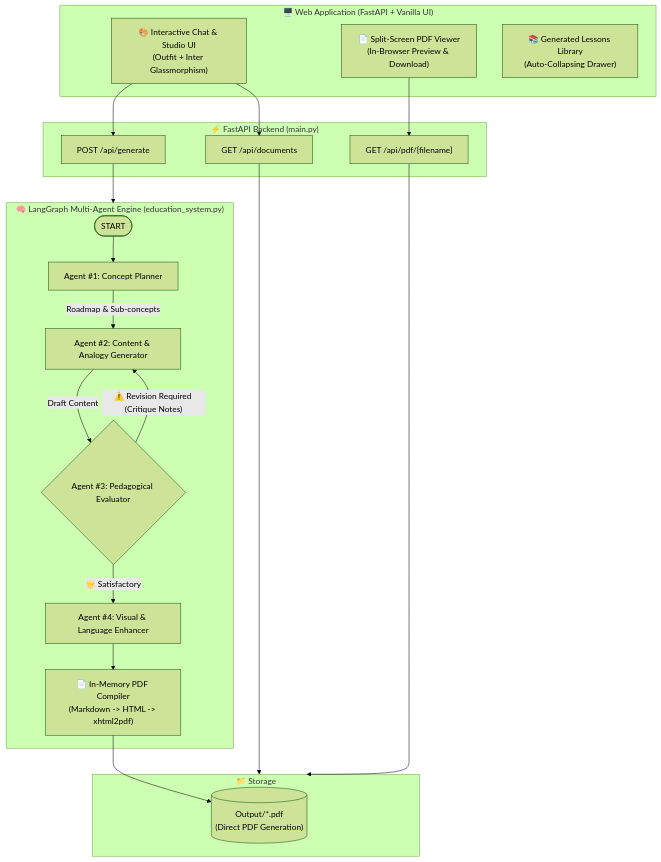
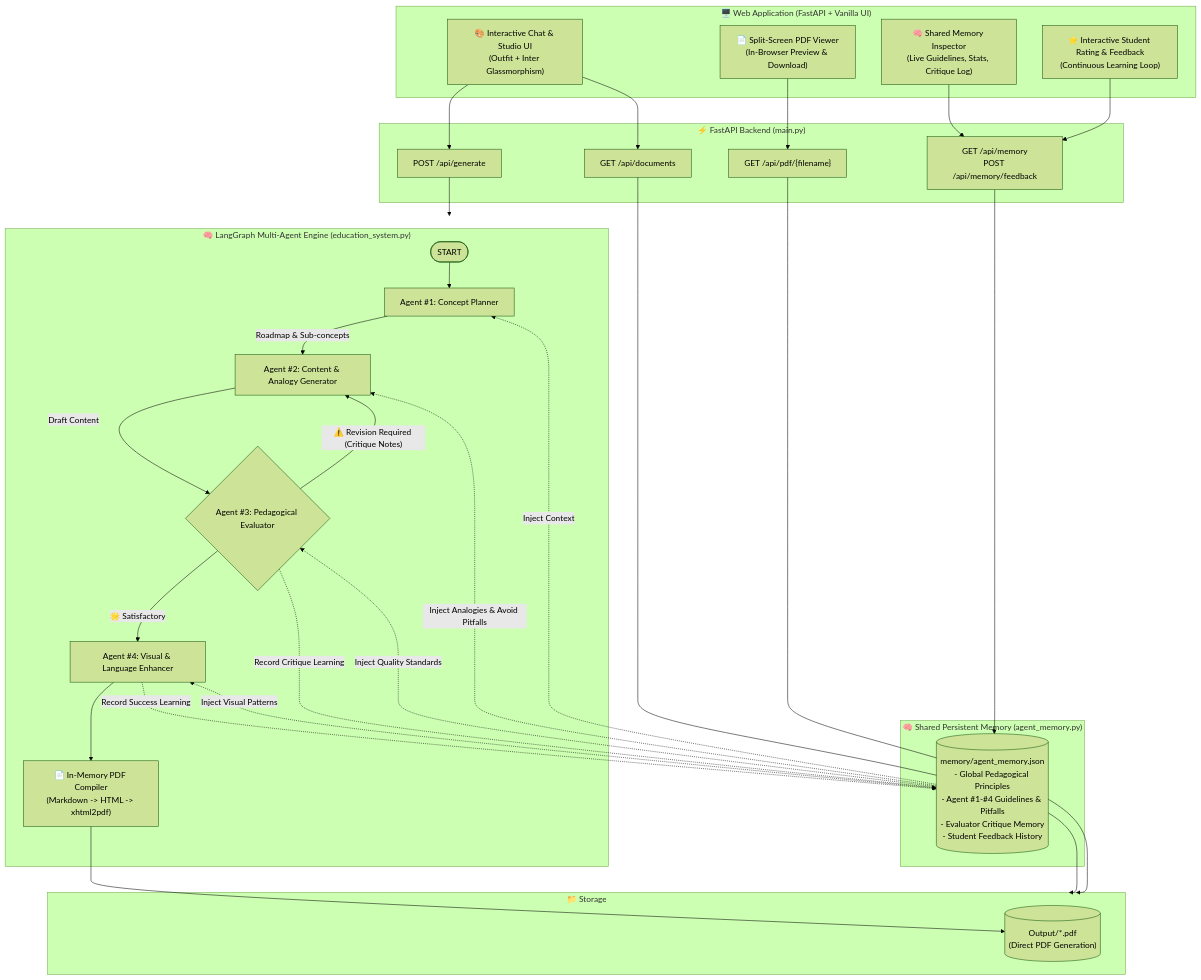
The diagram in README.md (aakashlokhande99/EduGraph-AI), drawn with Mermaid (forest theme) before and after one commit. The commit also changed other lines of this file and 7 other files, not shown here.

Commit message:
Added shared memory feature

````diff
--- a/README.md
+++ b/README.md
@@ -9,37 +9,53 @@
 ```mermaid
 flowchart TD
     subgraph Frontend["🖥️ Web Application (FastAPI + Vanilla UI)"]
         UI["🎨 Interactive Chat & Studio UI\n(Outfit + Inter Glassmorphism)"]
         PDFViewer["📄 Split-Screen PDF Viewer\n(In-Browser Preview & Download)"]
-        Library["📚 Generated Lessons Library\n(Auto-Collapsing Drawer)"]
+        MemoryModal["🧠 Shared Memory Inspector\n(Live Guidelines, Stats, Critique Log)"]
+        FeedbackWidget["⭐ Interactive Student Rating & Feedback\n(Continuous Learning Loop)"]
+    end
+
+    subgraph MemoryLayer["🧠 Shared Persistent Memory (agent_memory.py)"]
+        Store[("memory/agent_memory.json\n- Global Pedagogical Principles\n- Agent #1-#4 Guidelines & Pitfalls\n- Evaluator Critique Memory\n- Student Feedback History")]
     end
 
     subgraph Backend["⚡ FastAPI Backend (main.py)"]
         API_Gen["POST /api/generate"]
         API_Docs["GET /api/documents"]
         API_PDF["GET /api/pdf/{filename}"]
+        API_Mem["GET /api/memory\nPOST /api/memory/feedback"]
     end
 
     subgraph LangGraphCore["🧠 LangGraph Multi-Agent Engine (education_system.py)"]
         Start([START]) --> A1[Agent #1: Concept Planner]
         A1 -->|Roadmap & Sub-concepts| A2[Agent #2: Content & Analogy Generator]
         A2 -->|Draft Content| A3{Agent #3: Pedagogical Evaluator}
         
         A3 -- "⚠️ Revision Required (Critique Notes)" --> A2
         A3 -- "🌟 Satisfactory" --> A4[Agent #4: Visual & Language Enhancer]
         
         A4 --> PDFEngine["📄 In-Memory PDF Compiler\n(Markdown -> HTML -> xhtml2pdf)"]
     end
 
     subgraph Storage["📁 Storage"]
         OutputPDFs[("Output/*.pdf\n(Direct PDF Generation)")]
     end
 
+    Store -.->|"Inject Context"| A1
+    Store -.->|"Inject Analogies & Avoid Pitfalls"| A2
+    Store -.->|"Inject Quality Standards"| A3
+    Store -.->|"Inject Visual Patterns"| A4
+    A3 -.->|"Record Critique Learning"| Store
+    A4 -.->|"Record Success Learning"| Store
+
     UI --> API_Gen
     UI --> API_Docs
+    FeedbackWidget --> API_Mem
+    MemoryModal --> API_Mem
+    API_Mem --> Store
     PDFViewer --> API_PDF
     API_Gen --> LangGraphCore
     API_Docs --> Storage
     API_PDF --> Storage
     PDFEngine --> OutputPDFs
 ```
````
